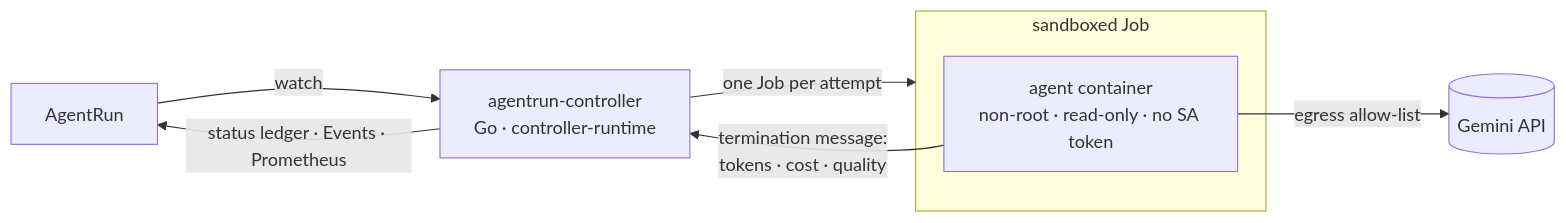
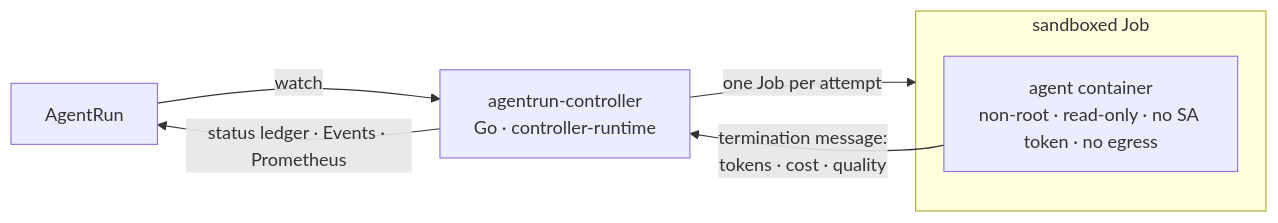
The first of 2 diagrams in README.md (celestinotavioo/agentrun-operator), drawn with Mermaid before and after one commit. The commit also changed other lines of this file and 32 other files, not shown here.

````diff
--- a/README.md
+++ b/README.md
@@ -107,11 +57,10 @@
 ```mermaid
 flowchart LR
   CR[AgentRun] -->|watch| C[agentrun-controller<br/>Go · controller-runtime]
   C -->|one Job per attempt| J
   subgraph J[sandboxed Job]
-    A[agent container<br/>non-root · read-only · no SA token]
+    A[agent container<br/>non-root · read-only · no SA token · no egress]
   end
-  A -->|egress allow-list| LLM[(Gemini API)]
   A -->|termination message:<br/>tokens · cost · quality| C
   C -->|status ledger · Events · Prometheus| CR
 ```
````
